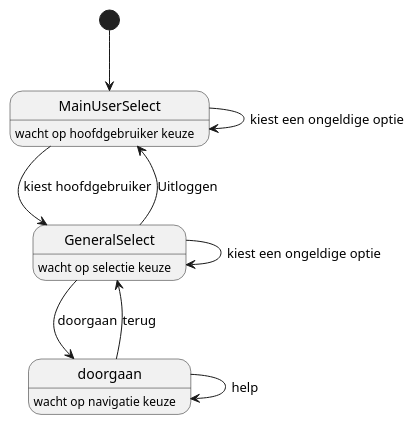
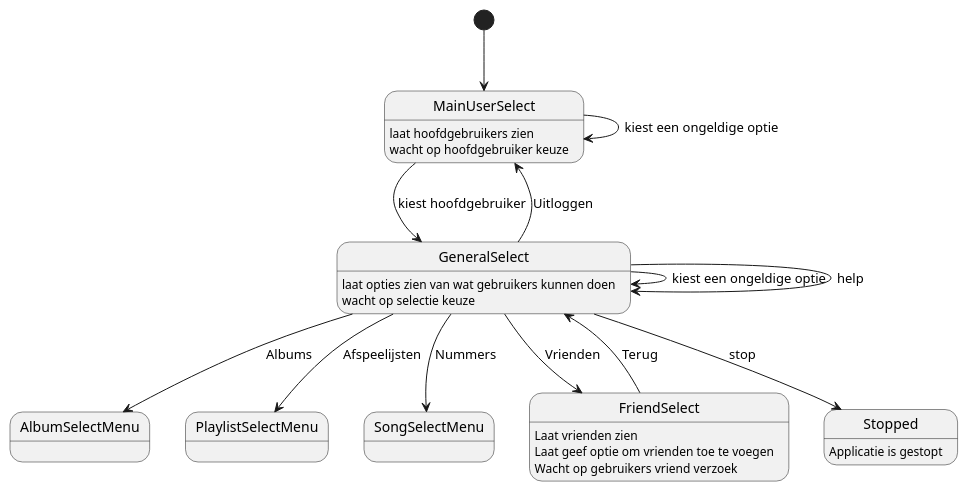
The diagram in flow-diagram.puml (A-A-Tel/media-player), drawn with PlantUML before and after one commit. The commit also changed 1 other file, not shown here.

```diff
--- a/flow-diagram.puml
+++ b/flow-diagram.puml
@@ -1,13 +1,22 @@
 @startuml
 [*] --> MainUserSelect
+state MainUserSelect : laat hoofdgebruikers zien
 state MainUserSelect : wacht op hoofdgebruiker keuze
 MainUserSelect --> MainUserSelect : kiest een ongeldige optie
 MainUserSelect --> GeneralSelect : kiest hoofdgebruiker
+state GeneralSelect : laat opties zien van wat gebruikers kunnen doen
 state GeneralSelect : wacht op selectie keuze
 GeneralSelect --> GeneralSelect : kiest een ongeldige optie
 GeneralSelect --> MainUserSelect : Uitloggen
-GeneralSelect --> doorgaan : doorgaan
-state doorgaan : wacht op navigatie keuze
-doorgaan --> doorgaan : help
-doorgaan --> GeneralSelect : terug
+GeneralSelect --> GeneralSelect : help
+GeneralSelect --> AlbumSelectMenu : Albums
+GeneralSelect --> PlaylistSelectMenu : Afspeelijsten
+GeneralSelect --> SongSelectMenu : Nummers
+GeneralSelect --> FriendSelect : Vrienden
+FriendSelect --> GeneralSelect : Terug
+state FriendSelect : Laat vrienden zien
+state FriendSelect : Laat geef optie om vrienden toe te voegen
+state FriendSelect : Wacht op gebruikers vriend verzoek
+GeneralSelect --> Stopped : stop
+state Stopped : Applicatie is gestopt
 @enduml
```
